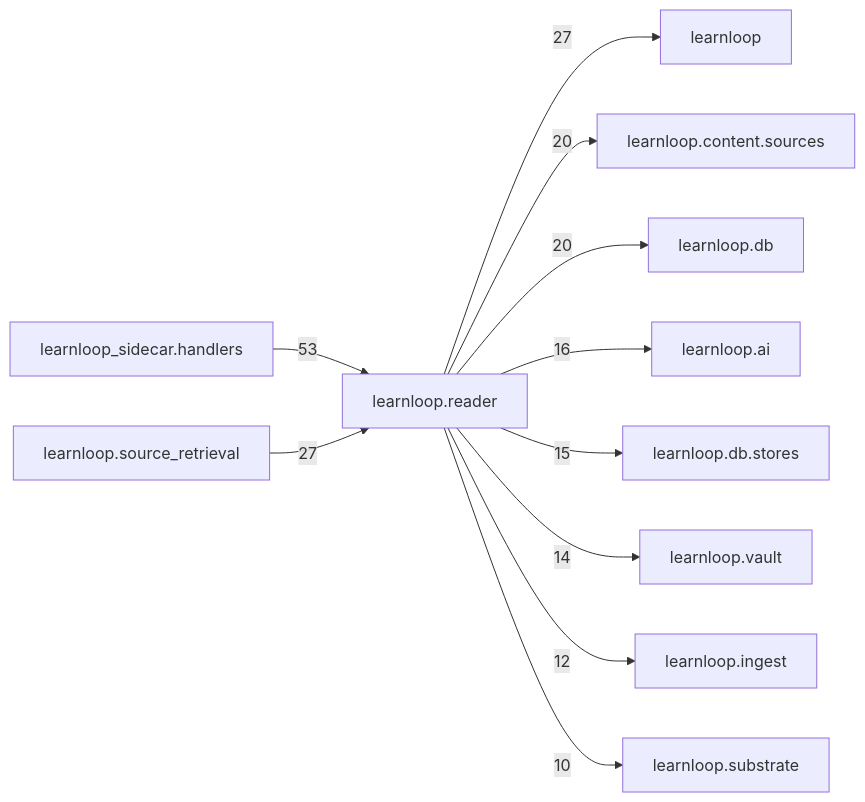
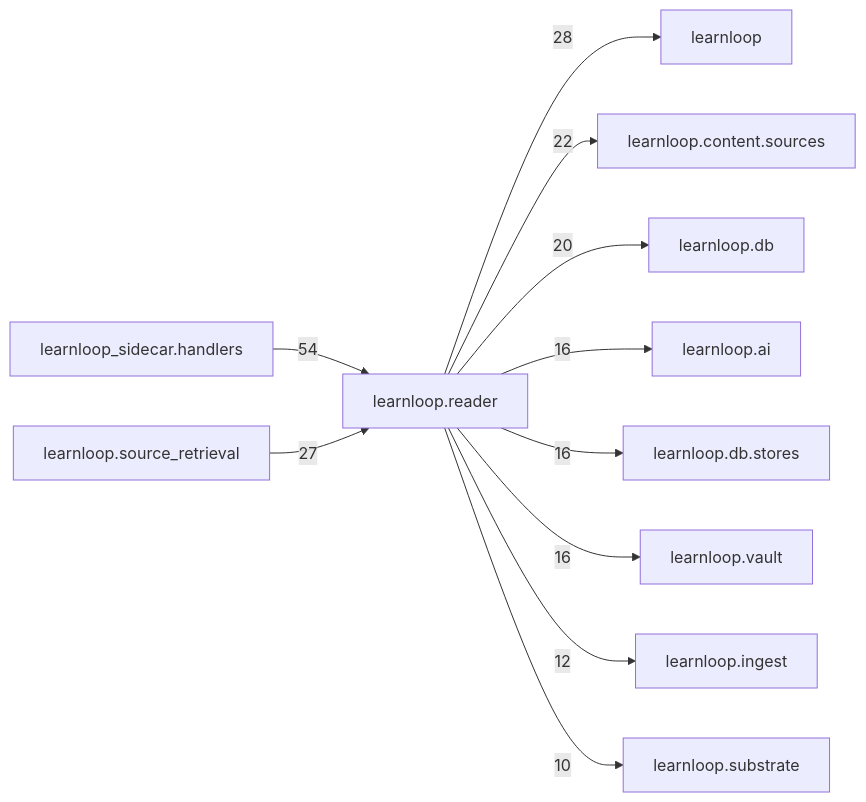
One commit to 6up-b/learnanything changed the diagram in docs/learnloop-architecture-vault/Reference/Modules/learnloop/reader/_package.md. Above: the diagram before and after it, drawn with Mermaid. The commit also changed other lines of this file and 122 other files, not shown here.

````diff
--- a/docs/learnloop-architecture-vault/Reference/Modules/learnloop/reader/_package.md
+++ b/docs/learnloop-architecture-vault/Reference/Modules/learnloop/reader/_package.md
@@ -157,24 +159,24 @@
 ```mermaid
 flowchart LR
     center["learnloop.reader"]
     n_learnloop_sidecar_handlers["learnloop_sidecar.handlers"]
     n_learnloop["learnloop"]
     n_learnloop_source_retrieval["learnloop.source_retrieval"]
     n_learnloop_content_sources["learnloop.content.sources"]
     n_learnloop_db["learnloop.db"]
     n_learnloop_ai["learnloop.ai"]
     n_learnloop_db_stores["learnloop.db.stores"]
     n_learnloop_vault["learnloop.vault"]
     n_learnloop_ingest["learnloop.ingest"]
     n_learnloop_substrate["learnloop.substrate"]
-    n_learnloop_sidecar_handlers -->|53| center
-    center -->|27| n_learnloop
+    n_learnloop_sidecar_handlers -->|54| center
+    center -->|28| n_learnloop
     n_learnloop_source_retrieval -->|27| center
-    center -->|20| n_learnloop_content_sources
+    center -->|22| n_learnloop_content_sources
     center -->|20| n_learnloop_db
     center -->|16| n_learnloop_ai
-    center -->|15| n_learnloop_db_stores
-    center -->|14| n_learnloop_vault
+    center -->|16| n_learnloop_db_stores
+    center -->|16| n_learnloop_vault
     center -->|12| n_learnloop_ingest
     center -->|10| n_learnloop_substrate
 ```
````
